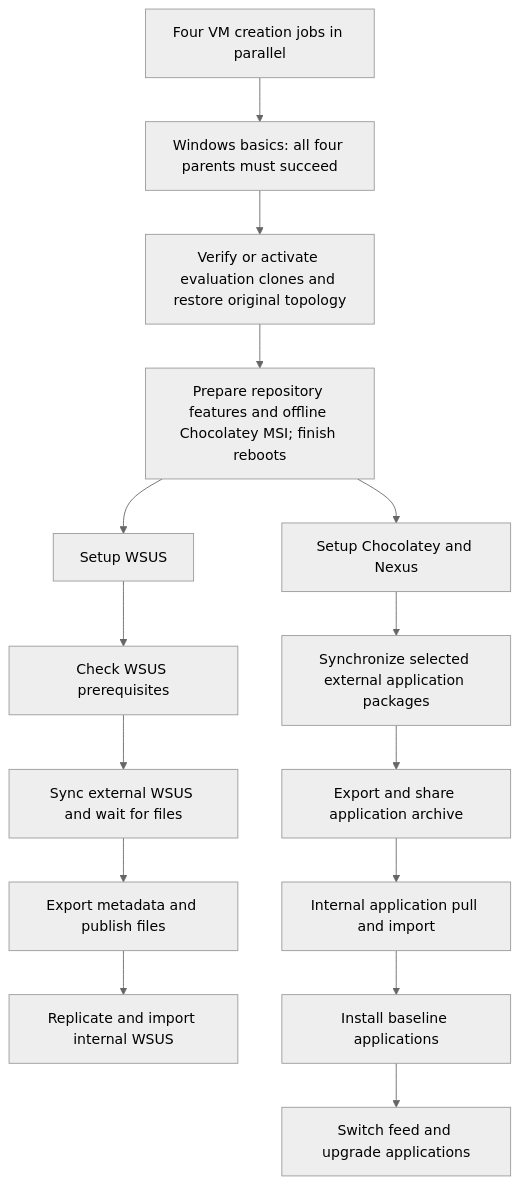
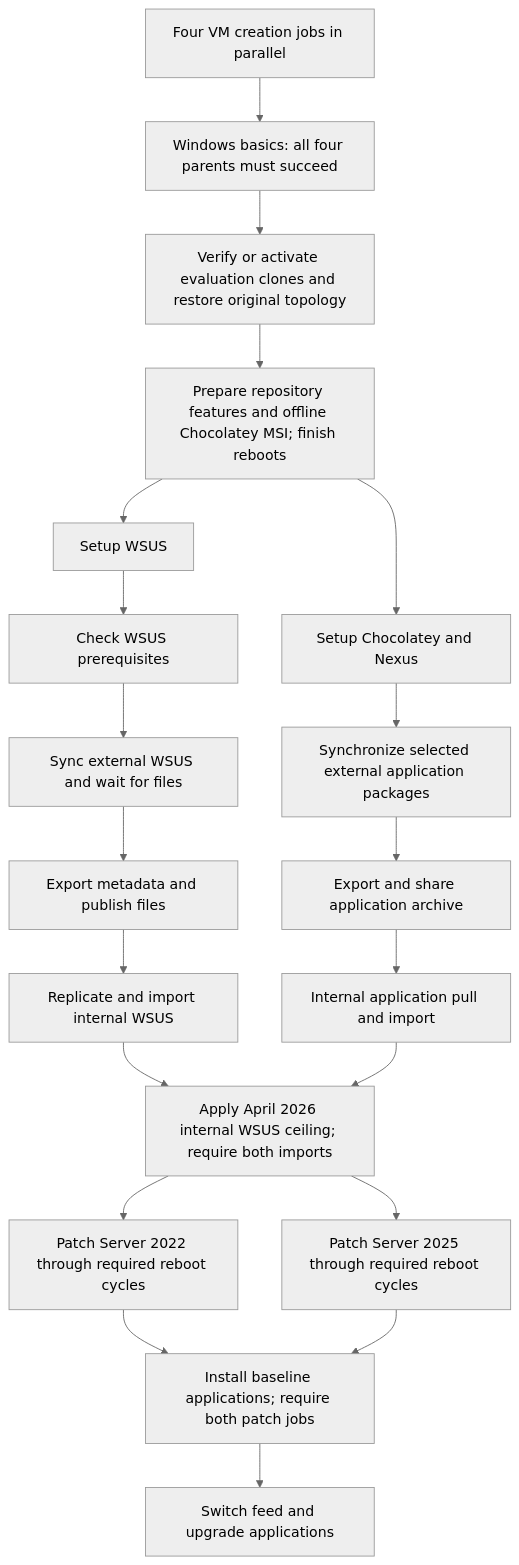
Before and after one commit to kvegh/disconnected-windows-patching: the diagram in docs/wsus-data-flow.md, drawn with Mermaid (neutral theme). The commit also changed other lines of this file and 5 other files, not shown here.

````diff
--- a/docs/wsus-data-flow.md
+++ b/docs/wsus-data-flow.md
@@ -23,17 +23,22 @@
 ```mermaid
 flowchart TD
   V[Four VM creation jobs in parallel] --> B[Windows basics: all four parents must succeed]
   B --> A[Verify or activate evaluation clones and restore original topology]
   A --> P[Prepare repository features and offline Chocolatey MSI; finish reboots]
   P --> W[Setup WSUS]
   P --> C[Setup Chocolatey and Nexus]
   W --> R[Check WSUS prerequisites]
   R --> S[Sync external WSUS and wait for files]
   S --> E[Export metadata and publish files]
   E --> I[Replicate and import internal WSUS]
   C --> CS[Synchronize selected external application packages]
   CS --> CE[Export and share application archive]
   CE --> CI[Internal application pull and import]
-  CI --> CB[Install baseline applications]
+  I --> M[Apply April 2026 internal WSUS ceiling; require both imports]
+  CI --> M
+  M --> U22[Patch Server 2022 through required reboot cycles]
+  M --> U25[Patch Server 2025 through required reboot cycles]
+  U22 --> CB[Install baseline applications; require both patch jobs]
+  U25 --> CB
   CB --> CU[Switch feed and upgrade applications]
 ```
````
